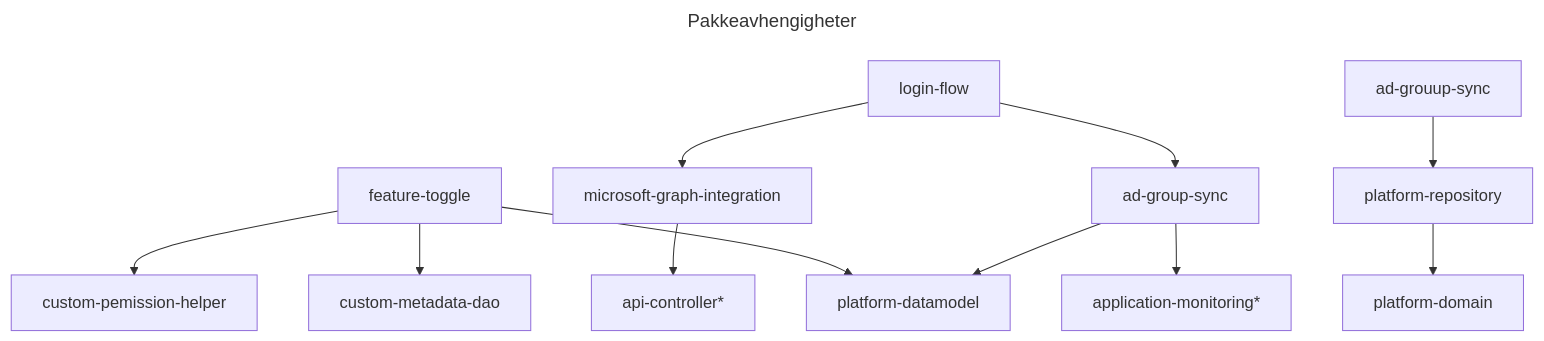
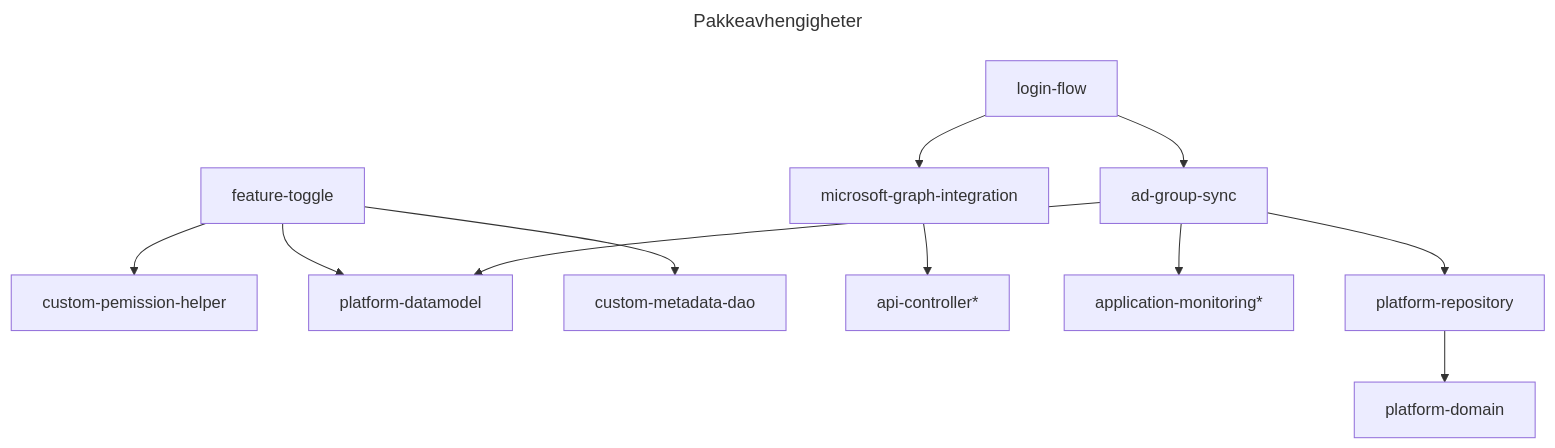
The diagram in README.md (navikt/sf-platform), drawn with Mermaid before and after one commit.

Commit message:
Rettet skrivefeil

````diff
--- a/README.md
+++ b/README.md
@@ -22,18 +22,18 @@
 ```mermaid
 ---
 title: Pakkeavhengigheter
 ---
 graph TD
     custom-pemission-helper
     feature-toggle --> platform-datamodel;
     feature-toggle --> custom-metadata-dao;
     feature-toggle --> custom-pemission-helper;
     login-flow
     login-flow --> ad-group-sync;
     login-flow --> microsoft-graph-integration;
     microsoft-graph-integration --> api-controller*
     ad-group-sync --> platform-datamodel;
     ad-group-sync --> application-monitoring*;
-    ad-grouup-sync --> platform-repository;
+    ad-group-sync --> platform-repository;
     platform-repository --> platform-domain;
 ```
````
